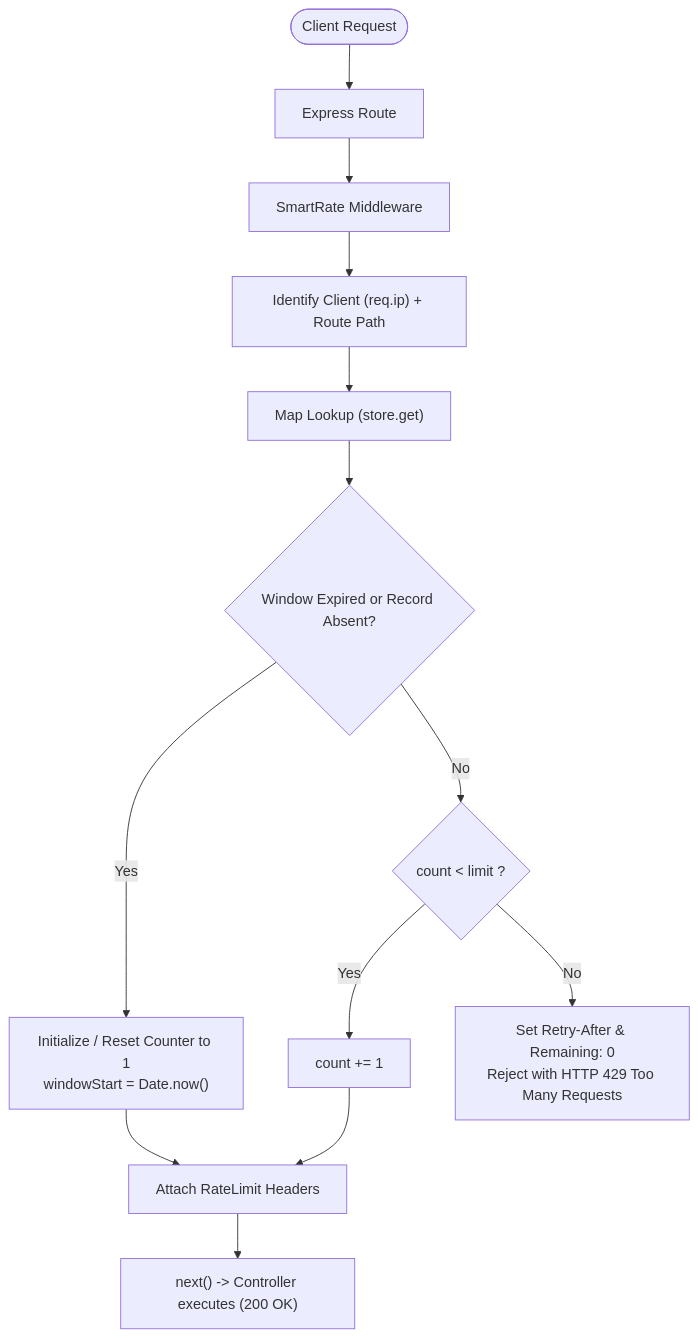
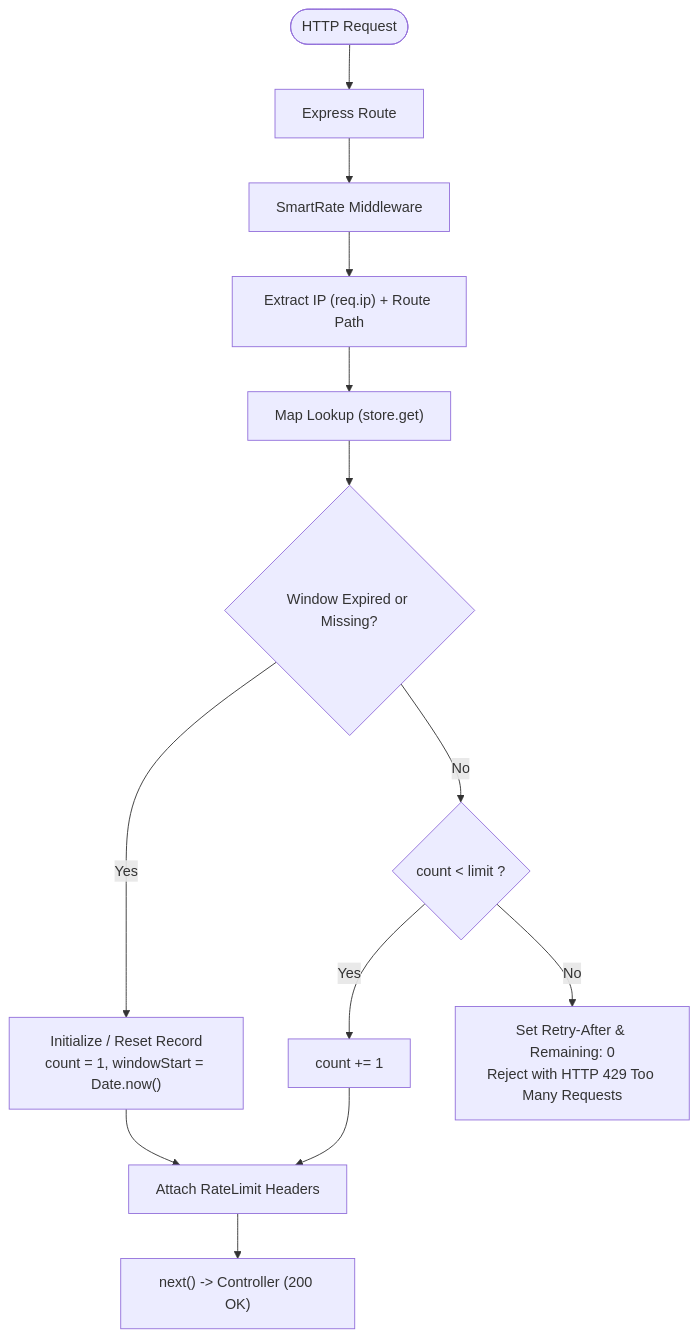
The diagram in README.md (Anivesh91/LimitForge), drawn with Mermaid before and after one commit. The commit also changed other lines of this file and 4 other files, not shown here.

````diff
--- a/README.md
+++ b/README.md
@@ -64,18 +63,18 @@
 ```mermaid
 flowchart TD
-    Client([Client Request]) --> Router[Express Route]
+    Client([HTTP Request]) --> Router[Express Route]
     Router --> Middleware[SmartRate Middleware]
-    Middleware --> KeyGen["Identify Client (req.ip) + Route Path"]
+    Middleware --> KeyGen["Extract IP (req.ip) + Route Path"]
     KeyGen --> StoreLookup["Map Lookup (store.get)"]
     
-    StoreLookup --> CheckWindow{"Window Expired or Record Absent?"}
-    CheckWindow -- Yes --> ResetWindow["Initialize / Reset Counter to 1<br/>windowStart = Date.now()"]
+    StoreLookup --> CheckWindow{"Window Expired or Missing?"}
+    CheckWindow -- Yes --> ResetWindow["Initialize / Reset Record<br/>count = 1, windowStart = Date.now()"]
     ResetWindow --> SetHeaders["Attach RateLimit Headers"]
-    SetHeaders --> Allow["next() -> Controller executes (200 OK)"]
+    SetHeaders --> Allow["next() -> Controller (200 OK)"]
     
     CheckWindow -- No --> CheckQuota{"count < limit ?"}
     CheckQuota -- Yes --> Increment["count += 1"]
     Increment --> SetHeaders
     
     CheckQuota -- No --> Block["Set Retry-After & Remaining: 0<br/>Reject with HTTP 429 Too Many Requests"]
 ```
````
